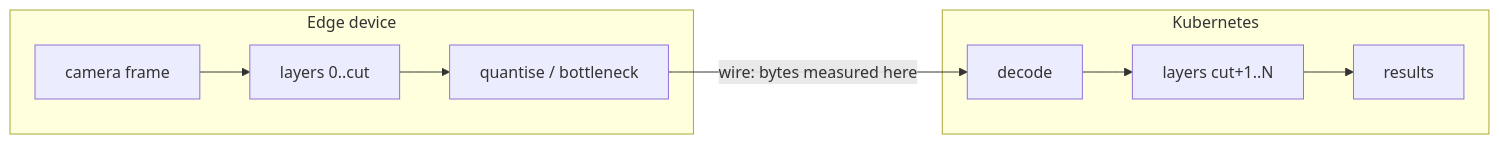
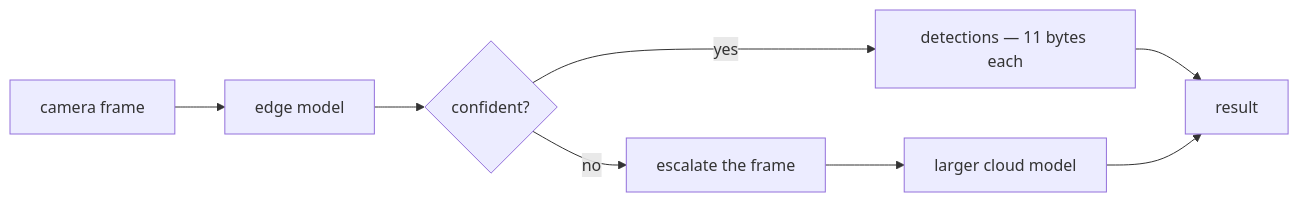
The diagram in README.md (dantonioluigi/axonmesh), drawn with Mermaid before and after one commit. The commit also changed other lines of this file and 6 other files, not shown here.

````diff
--- a/README.md
+++ b/README.md
@@ -31,12 +59,10 @@
 ```mermaid
 flowchart LR
-    subgraph edge [Edge device]
-        A[camera frame] --> B[layers 0..cut]
-        B --> Q[quantise / bottleneck]
-    end
-    Q -- "wire: bytes measured here" --> D
-    subgraph cloud [Kubernetes]
-        D[decode] --> E[layers cut+1..N]
-        E --> F[results]
-    end
+    A[camera frame] --> B[edge model]
+    B --> C{confident?}
+    C -- yes --> D["detections — 11 bytes each"]
+    C -- no --> E[escalate the frame]
+    E --> F[larger cloud model]
+    D --> G[result]
+    F --> G
 ```
````
